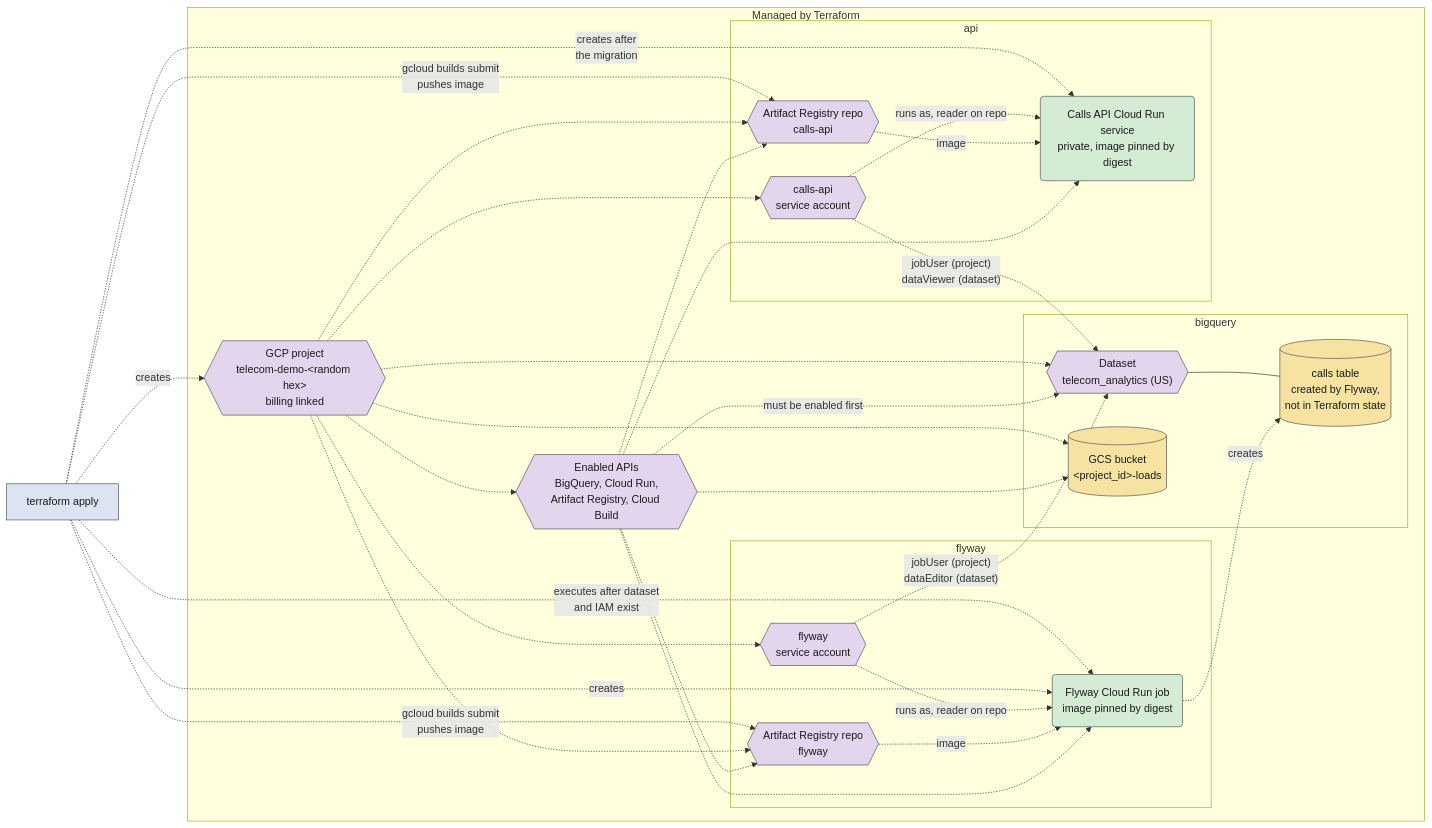
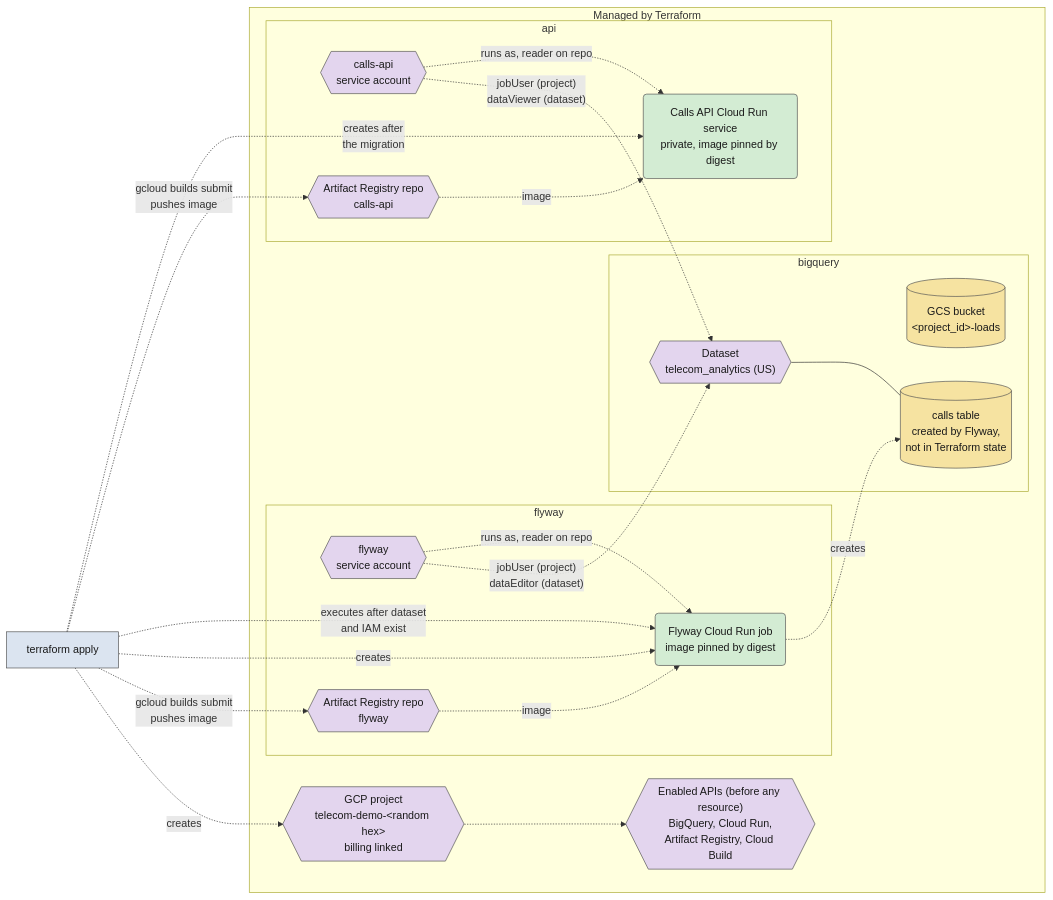
One commit to castroaj/GCP-BQ-DEMO changed the third of 4 diagrams in README.md. Above: the diagram before and after it, drawn with Mermaid.

Commit message:
Drop the project and API fan-out edges from the provisioning diagram
Box membership already says the resources live in the project, and the
enabled-APIs node now states that they come first.

````diff
--- a/README.md
+++ b/README.md
@@ -67,64 +67,52 @@
 ```mermaid
 flowchart LR
   tf["terraform apply"]
 
   subgraph managed["Managed by Terraform"]
     project{{"GCP project<br/>telecom-demo-&lt;random hex&gt;<br/>billing linked"}}
-    apis{{"Enabled APIs<br/>BigQuery, Cloud Run,<br/>Artifact Registry, Cloud Build"}}
+    apis{{"Enabled APIs (before any resource)<br/>BigQuery, Cloud Run,<br/>Artifact Registry, Cloud Build"}}
 
     subgraph bqBox["bigquery"]
       ds{{"Dataset<br/>telecom_analytics (US)"}}
       bucket[("GCS bucket<br/>&lt;project_id&gt;-loads")]
       table[("calls table<br/>created by Flyway,<br/>not in Terraform state")]
     end
 
     subgraph flywayBox["flyway"]
       sa_fly{{"flyway<br/>service account"}}
       repo{{"Artifact Registry repo<br/>flyway"}}
       job("Flyway Cloud Run job<br/>image pinned by digest")
     end
 
     subgraph apiBox["api"]
       sa_api{{"calls-api<br/>service account"}}
       repo_api{{"Artifact Registry repo<br/>calls-api"}}
       api("Calls API Cloud Run service<br/>private, image pinned by digest")
     end
   end
 
   tf -.->|creates| project
   project -.-> apis
-  apis -.->|"must be enabled first"| ds
-  apis -.-> bucket
-  apis -.-> repo
-  apis -.-> repo_api
-  apis -.-> job
-  apis -.-> api
-  project -.-> ds
-  project -.-> bucket
-  project -.-> sa_api
-  project -.-> sa_fly
   sa_api -.->|"jobUser (project)<br/>dataViewer (dataset)"| ds
   sa_fly -.->|"jobUser (project)<br/>dataEditor (dataset)"| ds
-  project -.-> repo
   tf -.->|"gcloud builds submit<br/>pushes image"| repo
   repo -.->|"image"| job
   sa_fly -.->|"runs as, reader on repo"| job
   tf -.->|creates| job
   tf -.->|"executes after dataset<br/>and IAM exist"| job
   job -.->|creates| table
   ds --- table
-  project -.-> repo_api
   tf -.->|"gcloud builds submit<br/>pushes image"| repo_api
   repo_api -.->|"image"| api
   sa_api -.->|"runs as, reader on repo"| api
   tf -.->|"creates after<br/>the migration"| api
 
   classDef tool fill:#dbe4f0,stroke:#555,color:#1a1a1a
   classDef compute fill:#d3ecd3,stroke:#555,color:#1a1a1a
   classDef store fill:#f6e3a1,stroke:#555,color:#1a1a1a
   classDef resource fill:#e3d5ee,stroke:#555,color:#1a1a1a
   class tf tool
   class api,job compute
   class bucket,table store
   class project,apis,ds,sa_api,sa_fly,repo,repo_api resource
 ```
````
